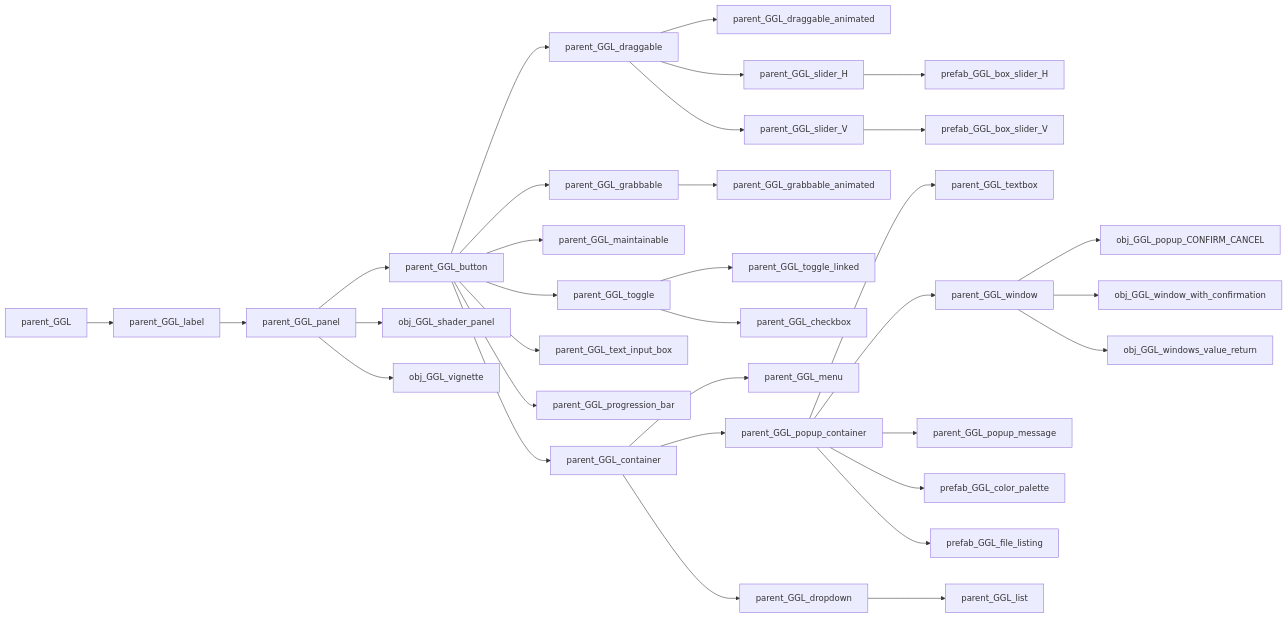
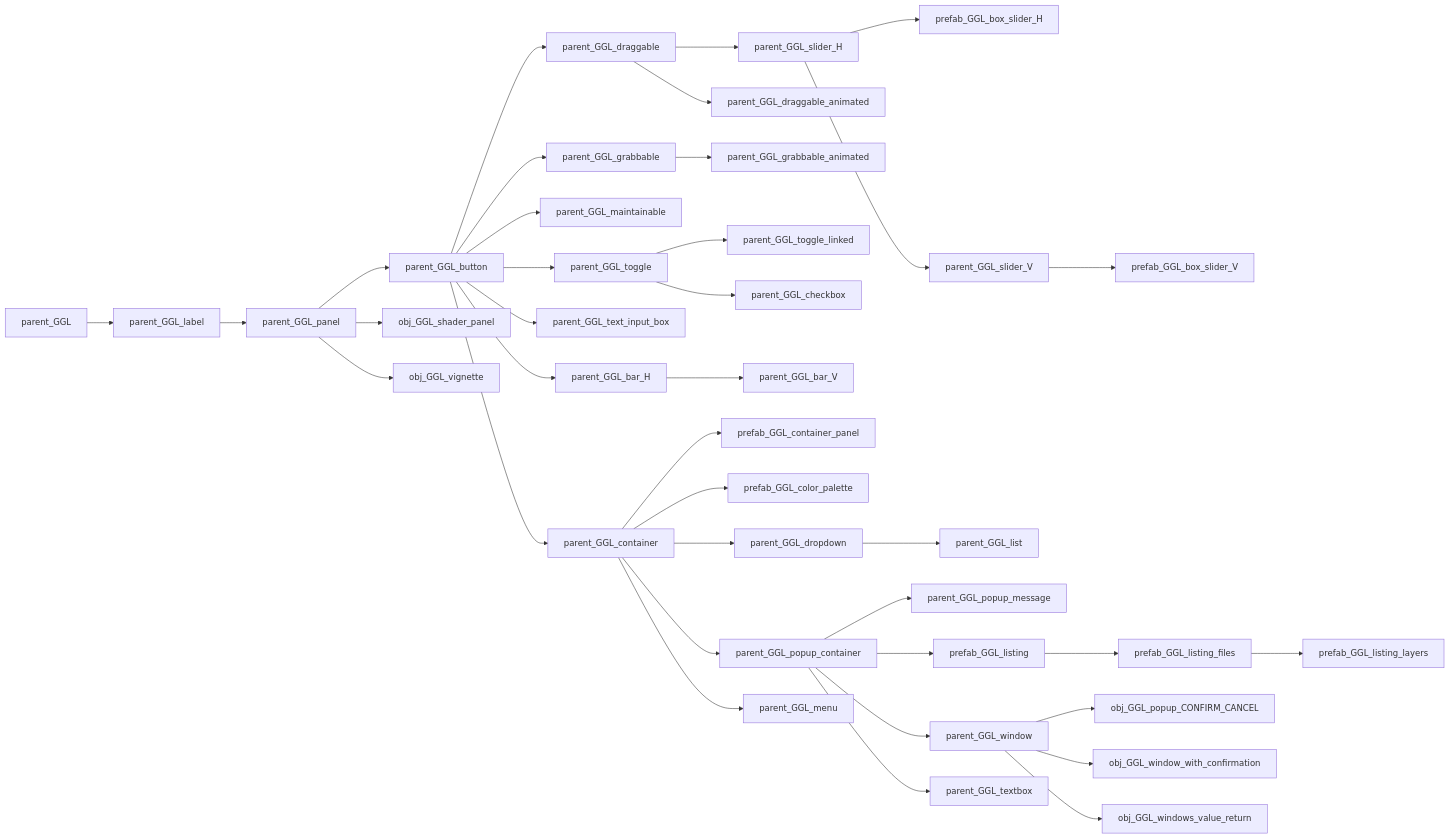
Before and after one commit to Ced30/GGL-Documentation: the diagram in Diagrams/Inheritance_code.md, drawn with Mermaid.

````diff
--- a/Diagrams/Inheritance_code.md
+++ b/Diagrams/Inheritance_code.md
@@ -1,34 +1,33 @@
 ```mermaid
 graph LR
 A[parent_GGL] --> B[parent_GGL_label] --> C[parent_GGL_panel] --> D[parent_GGL_button]
 C[parent_GGL_panel] --> AF[obj_GGL_shader_panel]
 C[parent_GGL_panel] --> AG[obj_GGL_vignette]
 D[parent_GGL_button] --> E[parent_GGL_draggable]
 D[parent_GGL_button] --> F[parent_GGL_grabbable]
+F[parent_GGL_grabbable] --> H[parent_GGL_grabbable_animated]
+E[parent_GGL_draggable] --> N[parent_GGL_slider_H] --> 
+AB[prefab_GGL_box_slider_H]
+
+N[parent_GGL_slider_H] -->  AA[parent_GGL_slider_V] --> AC[prefab_GGL_box_slider_V]
 E[parent_GGL_draggable] --> G[parent_GGL_draggable_animated]
-F[parent_GGL_grabbable] --> H[parent_GGL_grabbable_animated]
-E[parent_GGL_draggable] --> N[parent_GGL_slider_H] -->
-AB[prefab_GGL_box_slider_H]
-E[parent_GGL_draggable] -->
-AA[parent_GGL_slider_V] -->
-AC[prefab_GGL_box_slider_V]
 D[parent_GGL_button] --> I[parent_GGL_maintainable]
 D[parent_GGL_button] --> J[parent_GGL_toggle]
 J[parent_GGL_toggle] --> K[parent_GGL_toggle_linked]
 D[parent_GGL_button] --> L[parent_GGL_text_input_box]
-D[parent_GGL_button] --> M[parent_GGL_progression_bar]
-D[parent_GGL_button] --> O[parent_GGL_container]
+D[parent_GGL_button] --> M[parent_GGL_bar_H] --> AK[parent_GGL_bar_V]
+D[parent_GGL_button] --> O[parent_GGL_container] --> AJ[prefab_GGL_container_panel]
+O[parent_GGL_container] --> AD[prefab_GGL_color_palette]
 J[parent_GGL_toggle] --> P[parent_GGL_checkbox]
-O[parent_GGL_container] --> Q[parent_GGL_menu]
-O[parent_GGL_container] --> R[parent_GGL_popup_container]
-O[parent_GGL_container] --> S[parent_GGL_dropdown]
 S[parent_GGL_dropdown] --> T[parent_GGL_list]
-R[parent_GGL_popup_container] --> U[parent_GGL_textbox]
-R[parent_GGL_popup_container] --> V[parent_GGL_window]
-R[parent_GGL_popup_container] --> W[parent_GGL_popup_message]
-R[parent_GGL_popup_container] --> AD[prefab_GGL_color_palette]
-R[parent_GGL_popup_container] --> AE[prefab_GGL_file_listing]
 V[parent_GGL_window] --> X[obj_GGL_popup_CONFIRM_CANCEL]
 V[parent_GGL_window] --> Y[obj_GGL_window_with_confirmation]
 V[parent_GGL_window] --> Z[obj_GGL_windows_value_return]
+O[parent_GGL_container] --> S[parent_GGL_dropdown]
+O[parent_GGL_container] --> R[parent_GGL_popup_container]
+R[parent_GGL_popup_container] --> W[parent_GGL_popup_message]
+R[parent_GGL_popup_container] --> AE[prefab_GGL_listing] --> AH[prefab_GGL_listing_files] --> AI[prefab_GGL_listing_layers]
+R[parent_GGL_popup_container] --> V[parent_GGL_window]
+R[parent_GGL_popup_container] --> U[parent_GGL_textbox]
+O[parent_GGL_container] --> Q[parent_GGL_menu]
 ```
````
